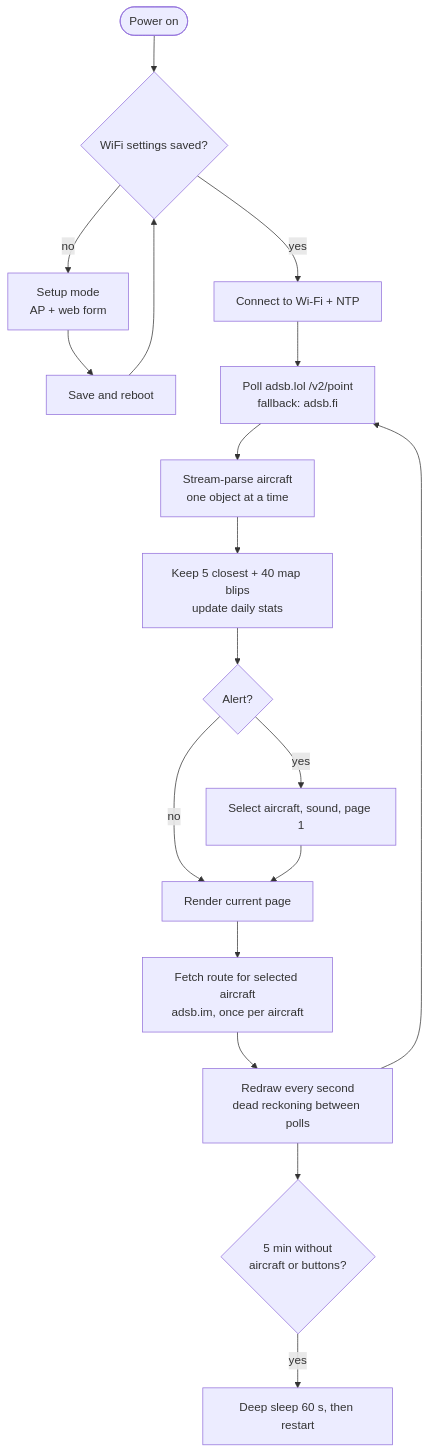
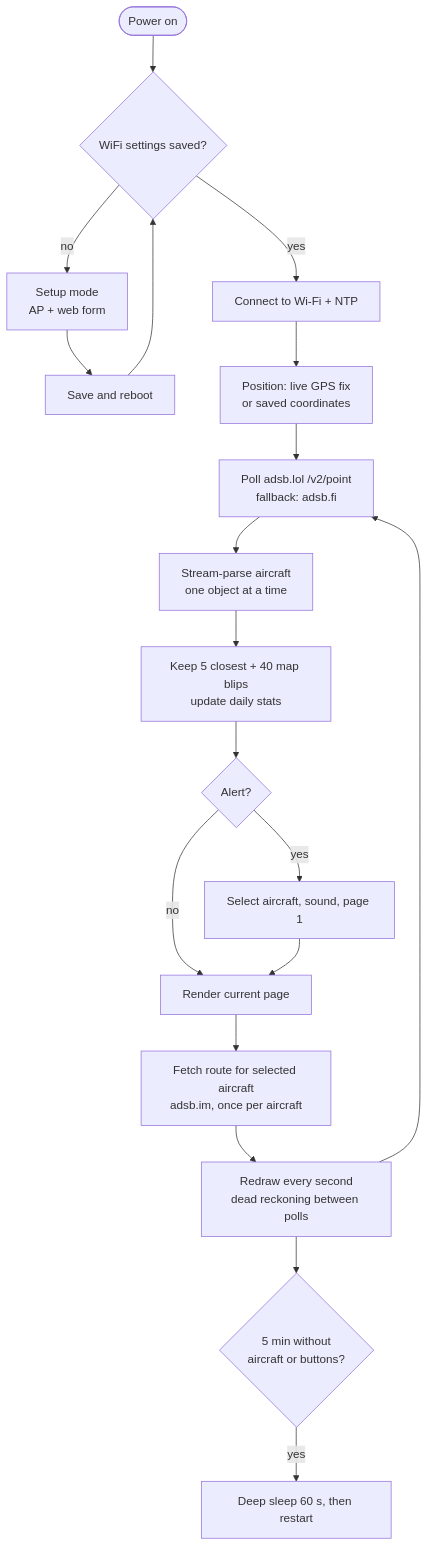
The sixth of 6 diagrams in README.md (svatec/nearplane-plus), drawn with Mermaid before and after one commit. The commit also changed other lines of this file and 2 other files, not shown here.

First line of the commit message:
Add optional GPS module support

````diff
--- a/README.md
+++ b/README.md
@@ -239,18 +263,18 @@
 ```mermaid
 flowchart TD
     A([Power on]) --> B{WiFi settings saved?}
     B -- no --> C["Setup mode<br/>AP + web form"] --> D[Save and reboot] --> B
     B -- yes --> E[Connect to Wi-Fi + NTP]
-    E --> F["Poll adsb.lol /v2/point<br/>fallback: adsb.fi"]
+    E --> E2["Position: live GPS fix<br/>or saved coordinates"] --> F["Poll adsb.lol /v2/point<br/>fallback: adsb.fi"]
     F --> G["Stream-parse aircraft<br/>one object at a time"]
     G --> H["Keep 5 closest + 40 map blips<br/>update daily stats"]
     H --> I{Alert?}
     I -- yes --> J[Select aircraft, sound, page 1]
     I -- no --> K[Render current page]
     J --> K
     K --> L["Fetch route for selected aircraft<br/>adsb.im, once per aircraft"]
     L --> M["Redraw every second<br/>dead reckoning between polls"]
     M --> F
     M --> N{"5 min without<br/>aircraft or buttons?"}
     N -- yes --> O[Deep sleep 60 s, then restart]
 ```
````
